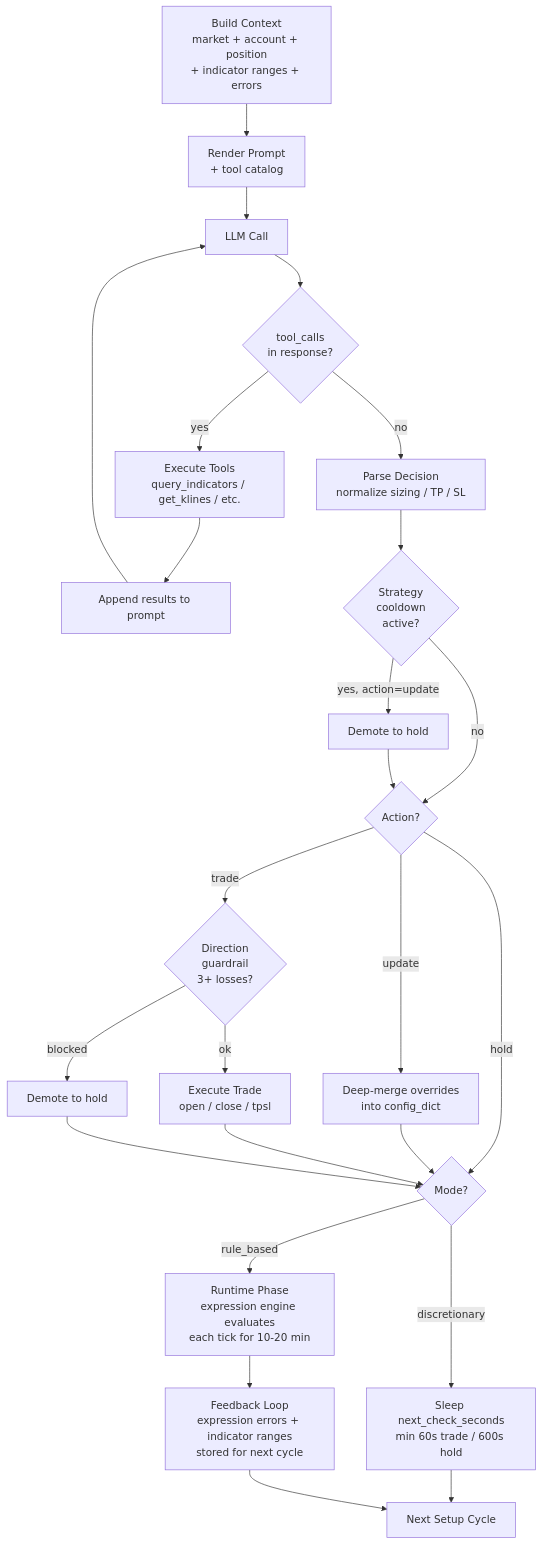
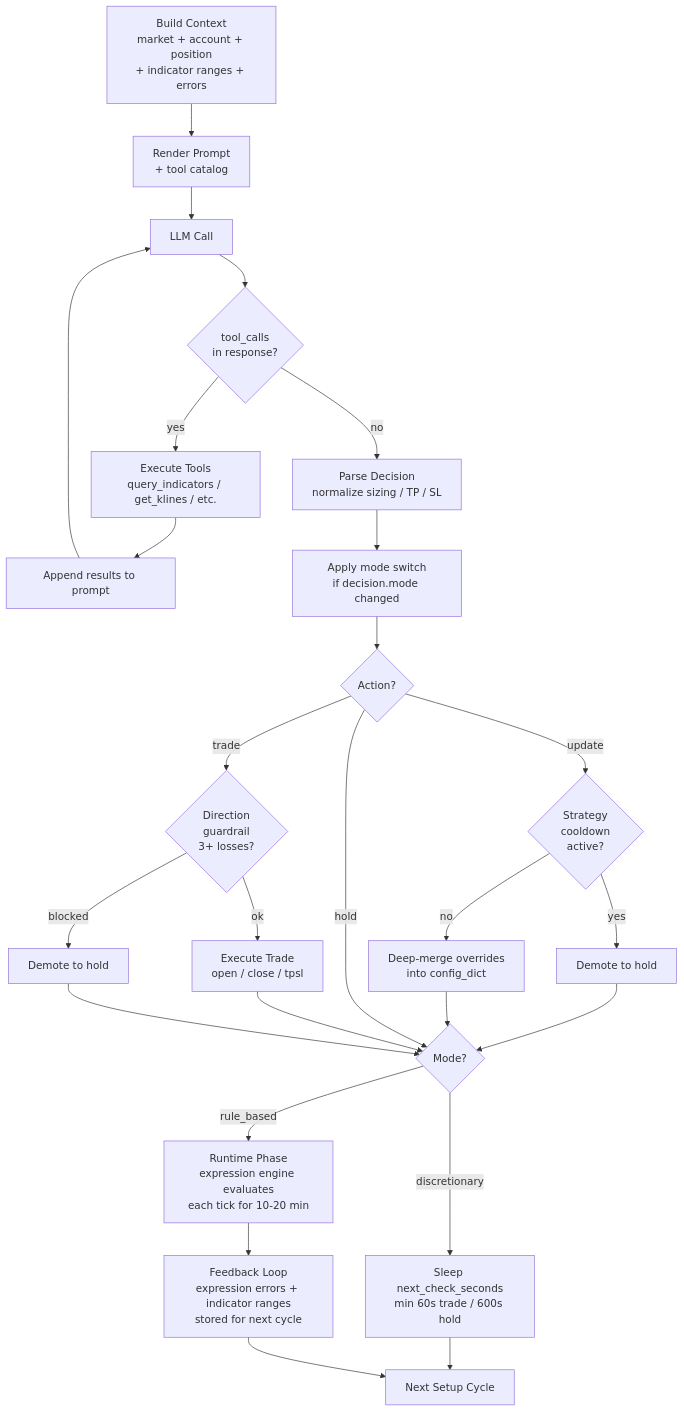
Before and after one commit to varsity-tech-product/arena: the first of 3 diagrams in docs/llm-setup-agent-flow.md, drawn with Mermaid.

Commit message:
Fix setup phase diagram: cooldown belongs on update branch, add mode switch step

````diff
--- a/docs/llm-setup-agent-flow.md
+++ b/docs/llm-setup-agent-flow.md
@@ -16,37 +16,37 @@
 ```mermaid
 flowchart TD
     CTX[Build Context<br/>market + account + position<br/>+ indicator ranges + errors] --> PROMPT[Render Prompt<br/>+ tool catalog]
     PROMPT --> LLM_CALL[LLM Call]
 
     LLM_CALL --> TOOL_CHECK{tool_calls<br/>in response?}
     TOOL_CHECK -->|yes| EXEC_TOOLS[Execute Tools<br/>query_indicators / get_klines / etc.]
     EXEC_TOOLS --> APPEND[Append results to prompt]
     APPEND --> LLM_CALL
 
     TOOL_CHECK -->|no| PARSE[Parse Decision<br/>normalize sizing / TP / SL]
-    PARSE --> COOLDOWN{Strategy<br/>cooldown<br/>active?}
-    COOLDOWN -->|yes, action=update| DEMOTE[Demote to hold]
-    COOLDOWN -->|no| ACTION
-    DEMOTE --> ACTION
+    PARSE --> MODE_SW[Apply mode switch<br/>if decision.mode changed]
+    MODE_SW --> ACTION{Action?}
 
-    ACTION{Action?}
+    ACTION -->|update| COOLDOWN{Strategy<br/>cooldown<br/>active?}
+    COOLDOWN -->|yes| DEMOTE[Demote to hold]
+    COOLDOWN -->|no| MERGE[Deep-merge overrides<br/>into config_dict]
+    DEMOTE --> MODE_CHECK
+    MERGE --> MODE_CHECK
 
-    ACTION -->|update| MERGE[Deep-merge overrides<br/>into config_dict]
     ACTION -->|hold| MODE_CHECK
-    ACTION -->|trade| DISC_GUARD
 
-    MERGE --> MODE_CHECK{Mode?}
-
-    DISC_GUARD{Direction<br/>guardrail<br/>3+ losses?}
+    ACTION -->|trade| DISC_GUARD{Direction<br/>guardrail<br/>3+ losses?}
     DISC_GUARD -->|blocked| DEMOTE_HOLD[Demote to hold]
     DISC_GUARD -->|ok| DISC_EXEC[Execute Trade<br/>open / close / tpsl]
     DISC_EXEC --> MODE_CHECK
     DEMOTE_HOLD --> MODE_CHECK
+
+    MODE_CHECK{Mode?}
 
     MODE_CHECK -->|rule_based| RUNTIME[Runtime Phase<br/>expression engine evaluates<br/>each tick for 10-20 min]
     MODE_CHECK -->|discretionary| DISC_SLEEP[Sleep next_check_seconds<br/>min 60s trade / 600s hold]
 
     RUNTIME --> FEEDBACK[Feedback Loop<br/>expression errors + indicator ranges<br/>stored for next cycle]
     DISC_SLEEP --> NEXT[Next Setup Cycle]
     FEEDBACK --> NEXT
 ```
````
